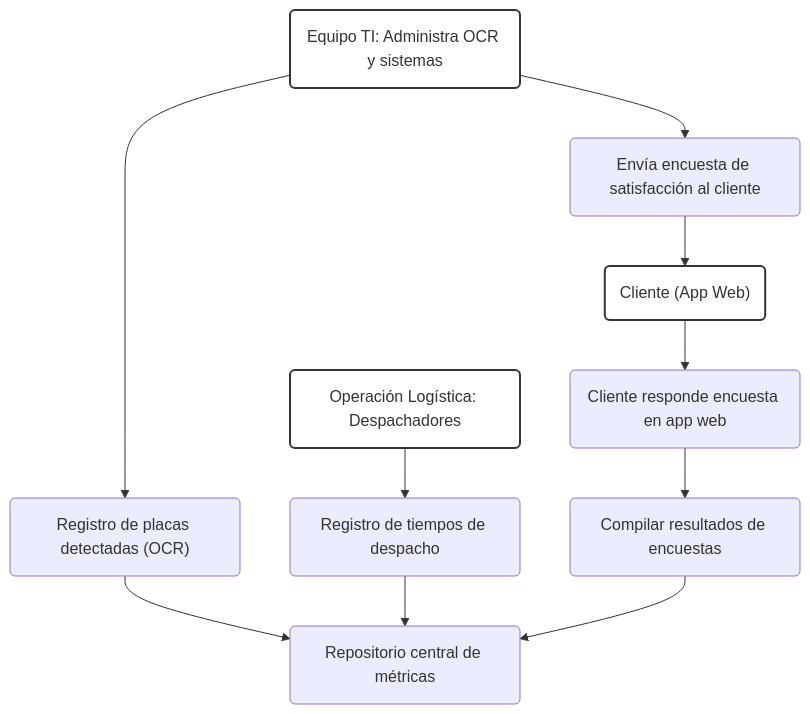
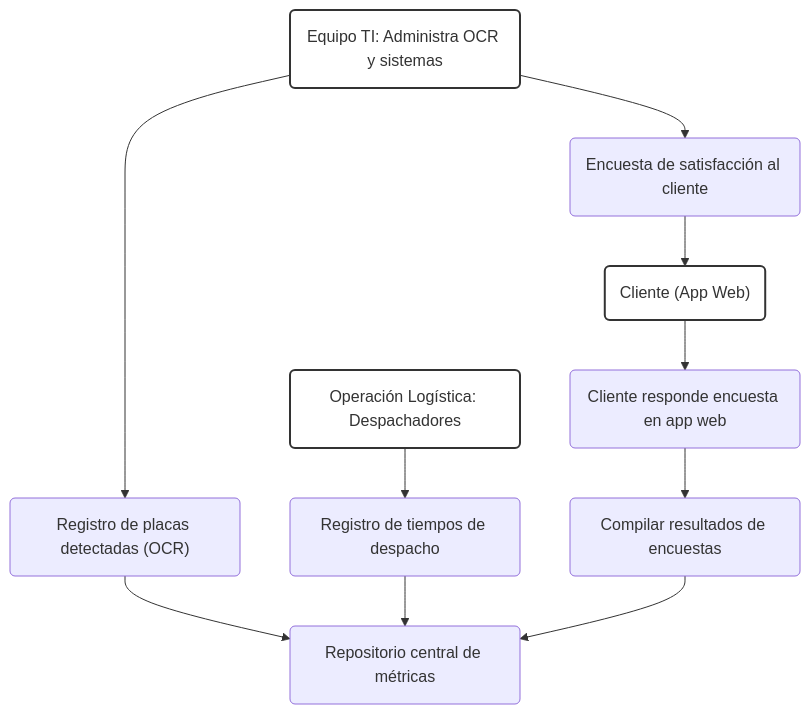
The second of 3 diagrams in README.md (titoruizh/Sushi), drawn with Mermaid before and after one commit.

````diff
--- a/README.md
+++ b/README.md
@@ -41,33 +41,33 @@
 ```mermaid
 flowchart TD
     %% Roles
     TI("Equipo TI: Administra OCR y sistemas")
     Logistica("Operación Logística: Despachadores")
     Cliente("Cliente (App Web)")
 
     %% Fuentes de datos
     A("Registro de placas detectadas (OCR)")
     B("Registro de tiempos de despacho")
-    C("Envía encuesta de satisfacción al cliente")
+    C("Encuesta de satisfacción al cliente")
     D("Cliente responde encuesta en app web")
     E("Compilar resultados de encuestas")
     F("Almacenar datos en repositorio central de métricas")
 
     %% Flujo interno
     TI --> A
     Logistica --> B
     TI --> C
     C --> Cliente
     Cliente --> D
     D --> E
     A --> F
     B --> F
     E --> F
 
     %% Opcional: Repositorio
     F("Repositorio central de métricas")
 
     %% Notas y artefactos
     classDef role fill:#fff,stroke:#333,stroke-width:2px;
     class TI,Logistica,Cliente role;
 ```
````
